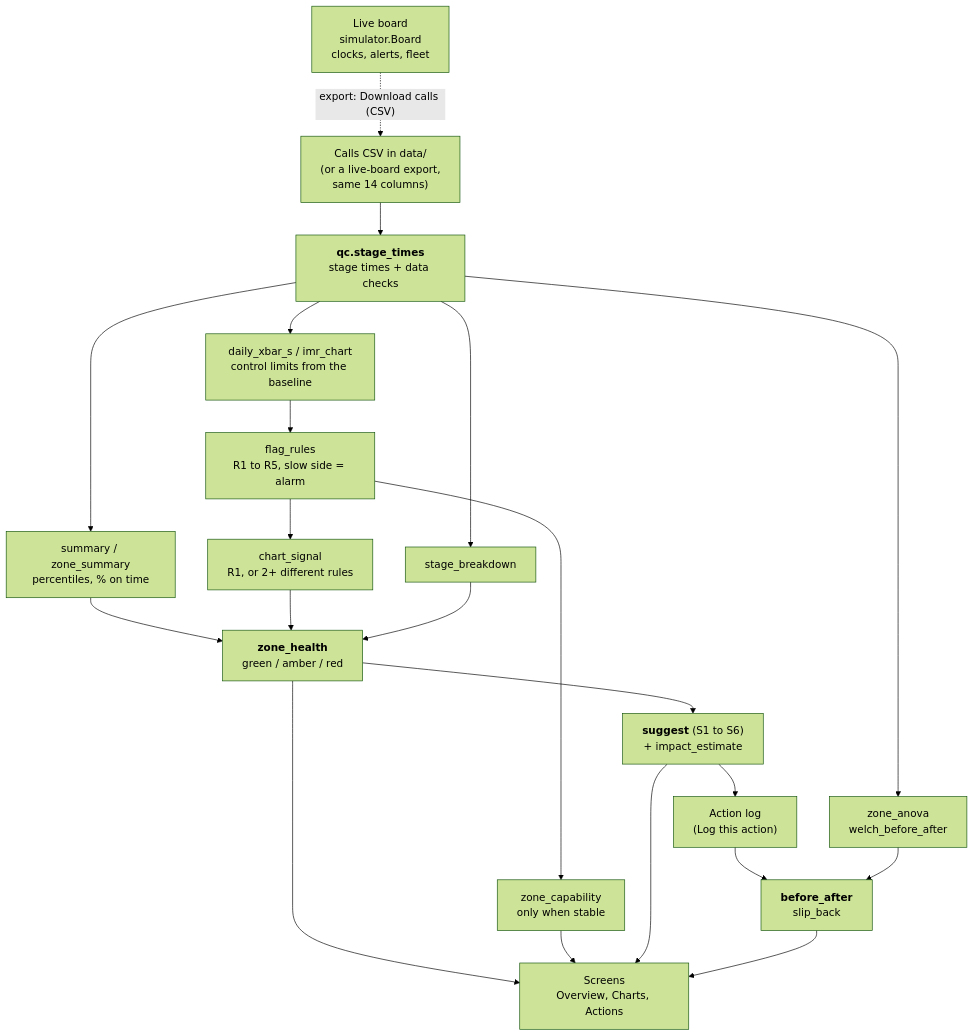
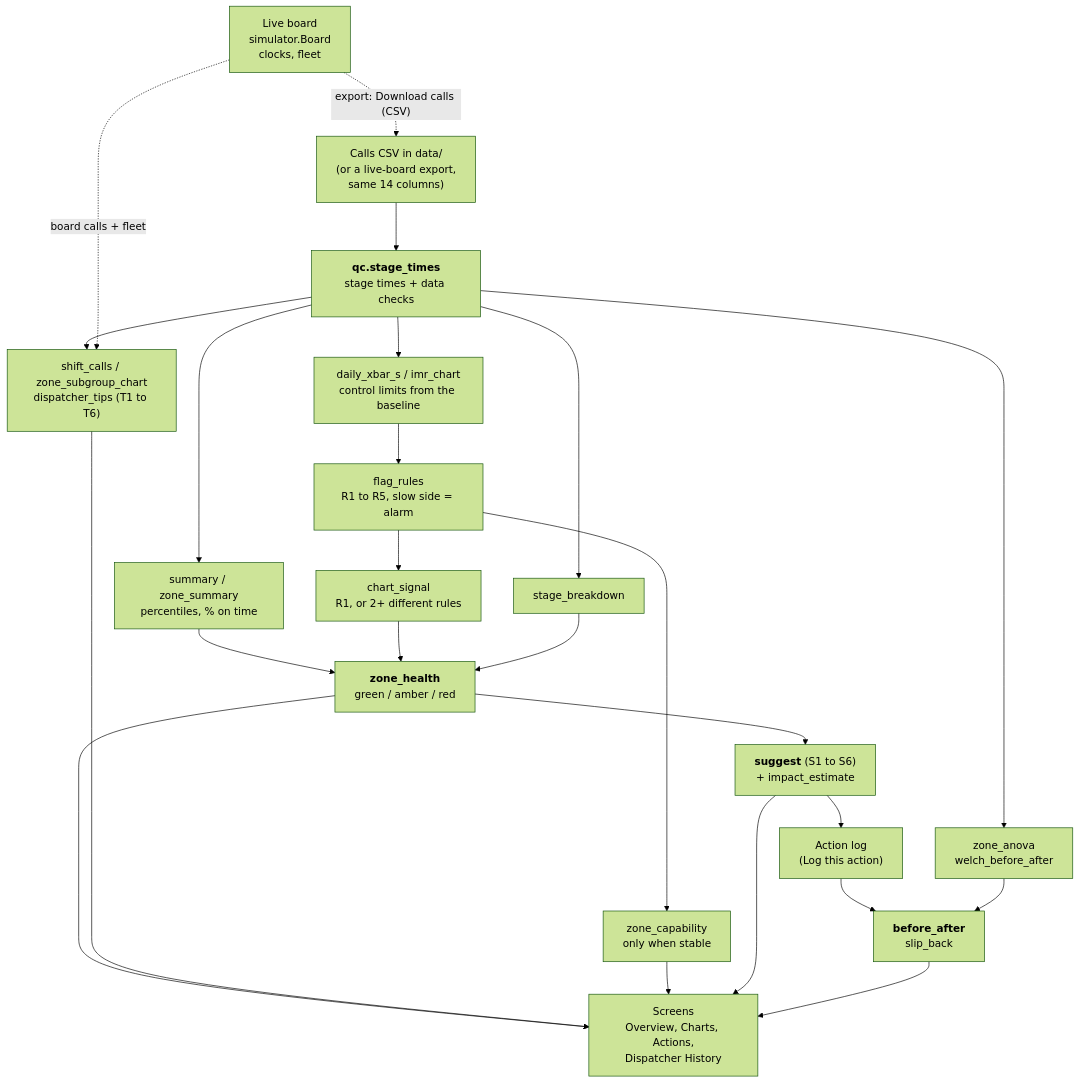
Before and after one commit to nidhibaderiya23/sixsigma: the diagram in README.md, drawn with Mermaid (forest theme). The commit also changed other lines of this file and 14 other files, not shown here.

````diff
--- a/README.md
+++ b/README.md
@@ -279,29 +293,32 @@
 ```mermaid
 flowchart TD
     csv["Calls CSV in data/<br>(or a live-board export,<br>same 14 columns)"]
     st["<b>qc.stage_times</b><br>stage times + data checks"]
     csv --> st
 
     st --> summ["summary / zone_summary<br>percentiles, % on time"]
     st --> chart["daily_xbar_s / imr_chart<br>control limits from the baseline"]
     chart --> rules["flag_rules<br>R1 to R5, slow side = alarm"]
     rules --> cap["zone_capability<br>only when stable"]
     st --> tests["zone_anova<br>welch_before_after"]
     st --> bd["stage_breakdown"]
 
     summ --> zh["<b>zone_health</b><br>green / amber / red"]
     rules --> sig["chart_signal<br>R1, or 2+ different rules"]
     sig --> zh
     bd --> zh
     zh --> sug["<b>suggest</b> (S1 to S6)<br>+ impact_estimate"]
     sug --> log["Action log<br>(Log this action)"]
     log --> ba["<b>before_after</b><br>slip_back"]
     tests --> ba
 
-    zh --> screens["Screens<br>Overview, Charts, Actions"]
+    st --> shift["shift_calls / zone_subgroup_chart<br>dispatcher_tips (T1 to T6)"]
+    zh --> screens["Screens<br>Overview, Charts, Actions,<br>Dispatcher History"]
+    shift --> screens
     cap --> screens
     sug --> screens
     ba --> screens
 
-    live["Live board<br>simulator.Board<br>clocks, alerts, fleet"] -.->|"export: Download calls (CSV)"| csv
+    live["Live board<br>simulator.Board<br>clocks, fleet"] -.->|"export: Download calls (CSV)"| csv
+    live -.->|"board calls + fleet"| shift
 ```
````
